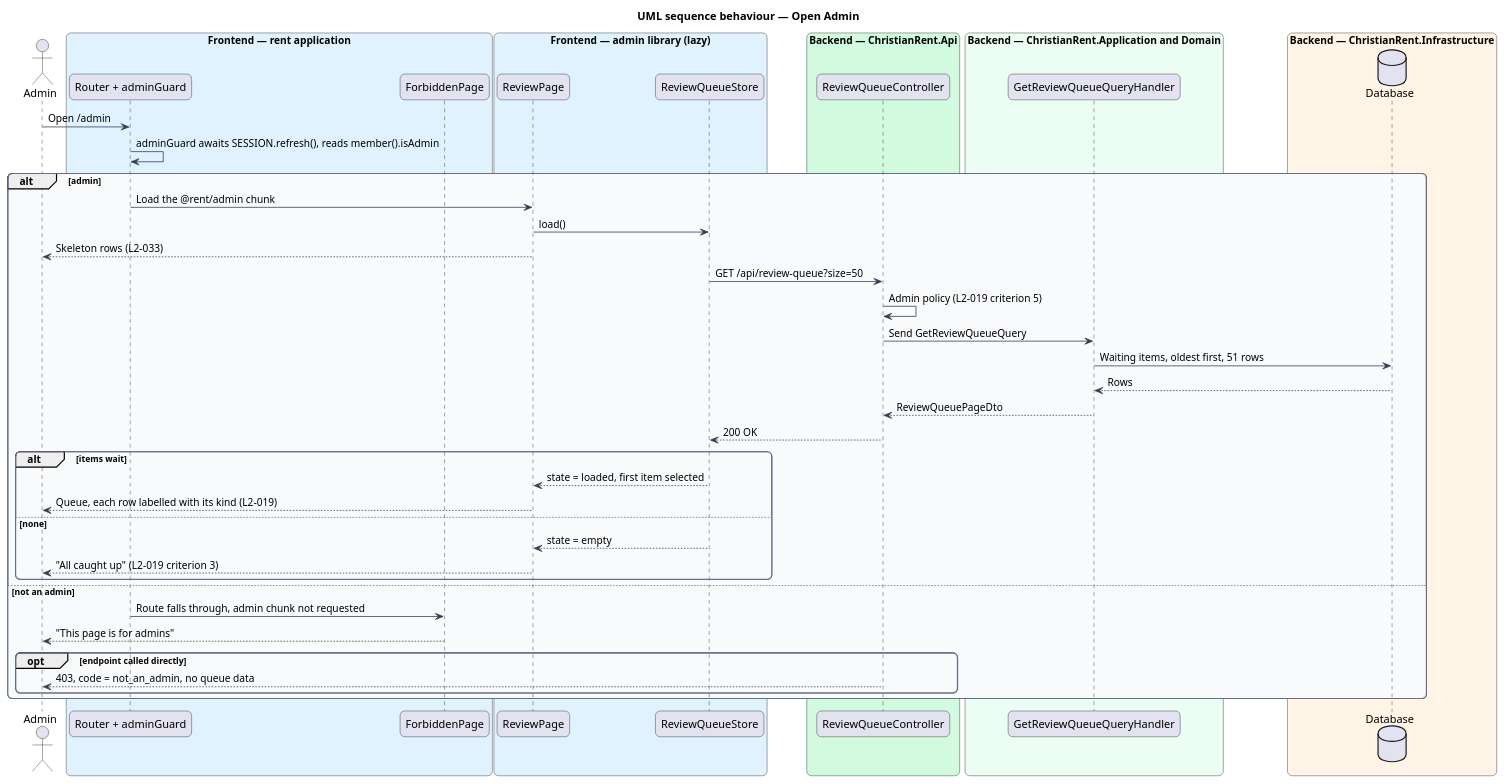
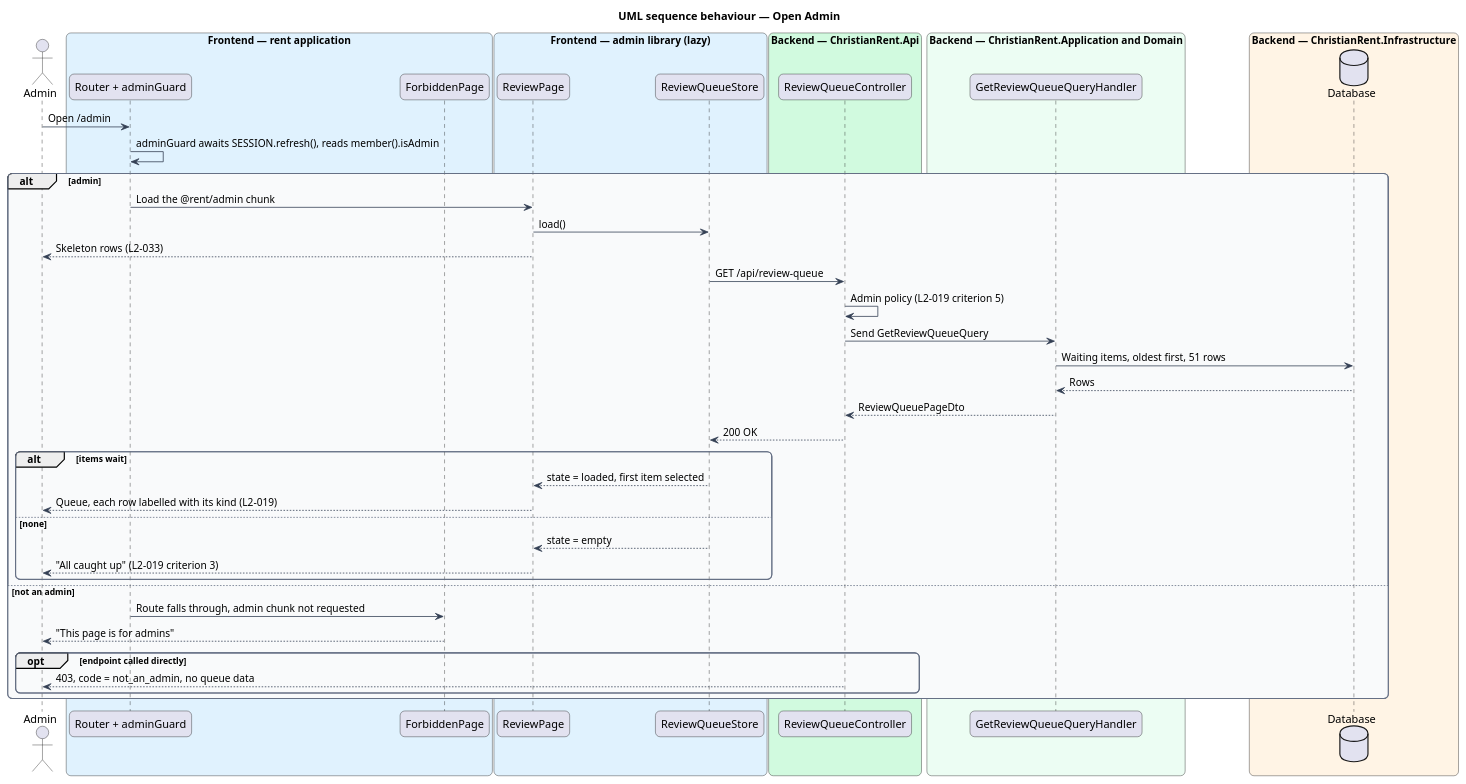
One commit to QuinntyneBrown/christian-rent changed the diagram in docs/detailed-designs/review/view-review-queue/diagrams/sequence-open-queue.puml. Above: the diagram before and after it, drawn with PlantUML. The commit also changed 20 other files, not shown here.

```diff
--- a/docs/detailed-designs/review/view-review-queue/diagrams/sequence-open-queue.puml
+++ b/docs/detailed-designs/review/view-review-queue/diagrams/sequence-open-queue.puml
@@ -1,62 +1,62 @@
 @startuml
 title UML sequence behaviour — Open Admin
 skinparam backgroundColor #FFFFFF
 skinparam shadowing false
 skinparam roundcorner 12
 skinparam defaultFontName Arial
 skinparam ArrowColor #344054
 skinparam rectangle {
   BorderColor #344054
   FontColor #101828
 }
 skinparam package {
   BorderColor #667085
   FontColor #101828
   BackgroundColor #F9FAFB
 }
 actor "Admin" as actor
 box "Frontend — rent application" #E0F2FE
   participant "Router + adminGuard" as router
   participant "ForbiddenPage" as forbid
 end box
 box "Frontend — admin library (lazy)" #E0F2FE
   participant "ReviewPage" as page
   participant "ReviewQueueStore" as store
 end box
 box "Backend — ChristianRent.Api" #D1FADF
   participant "ReviewQueueController" as ctrl
 end box
 box "Backend — ChristianRent.Application and Domain" #ECFDF3
   participant "GetReviewQueueQueryHandler" as handler
 end box
 box "Backend — ChristianRent.Infrastructure" #FFF4E5
   database "Database" as db
 end box
 actor -> router : Open /admin
 router -> router : adminGuard awaits SESSION.refresh(), reads member().isAdmin
 alt admin
   router -> page : Load the @rent/admin chunk
   page -> store : load()
   page --> actor : Skeleton rows (L2-033)
-  store -> ctrl : GET /api/review-queue?size=50
+  store -> ctrl : GET /api/review-queue
   ctrl -> ctrl : Admin policy (L2-019 criterion 5)
   ctrl -> handler : Send GetReviewQueueQuery
   handler -> db : Waiting items, oldest first, 51 rows
   db --> handler : Rows
   handler --> ctrl : ReviewQueuePageDto
   ctrl --> store : 200 OK
   alt items wait
     store --> page : state = loaded, first item selected
     page --> actor : Queue, each row labelled with its kind (L2-019)
   else none
     store --> page : state = empty
     page --> actor : "All caught up" (L2-019 criterion 3)
   end
 else not an admin
   router -> forbid : Route falls through, admin chunk not requested
   forbid --> actor : "This page is for admins"
   opt endpoint called directly
     ctrl --> actor : 403, code = not_an_admin, no queue data
   end
 end
 @enduml
```
